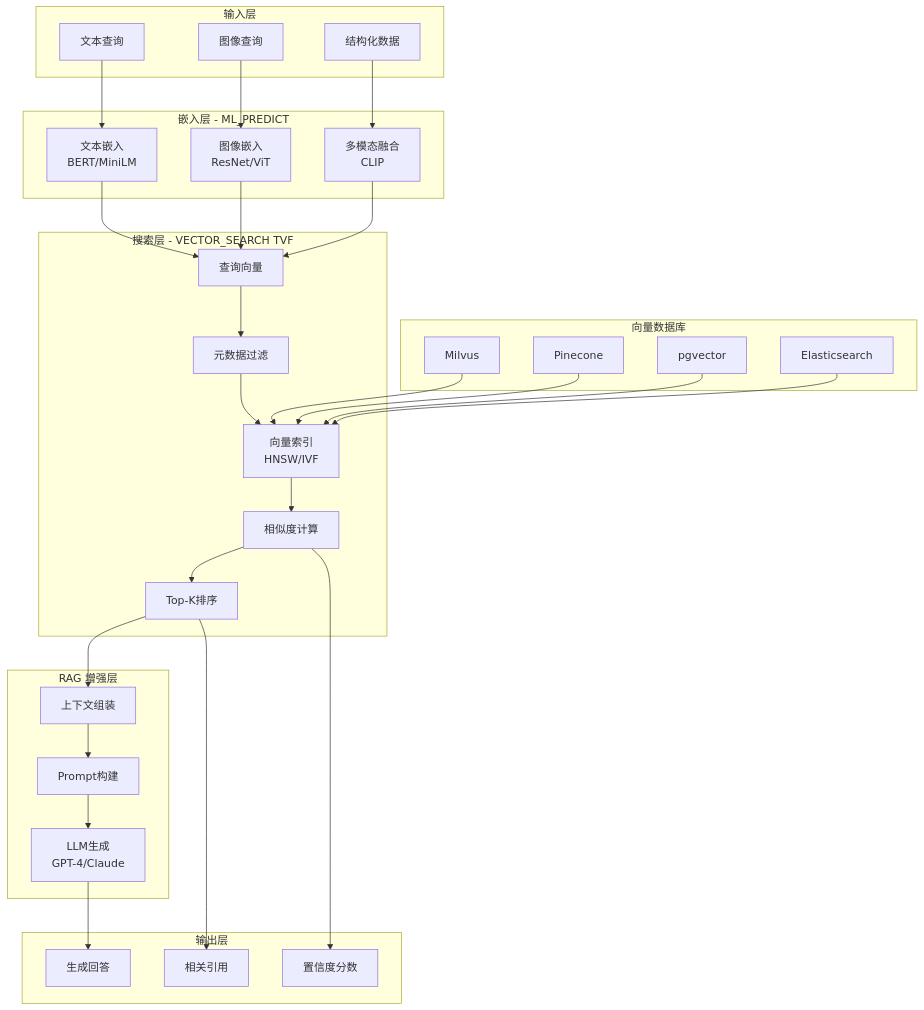
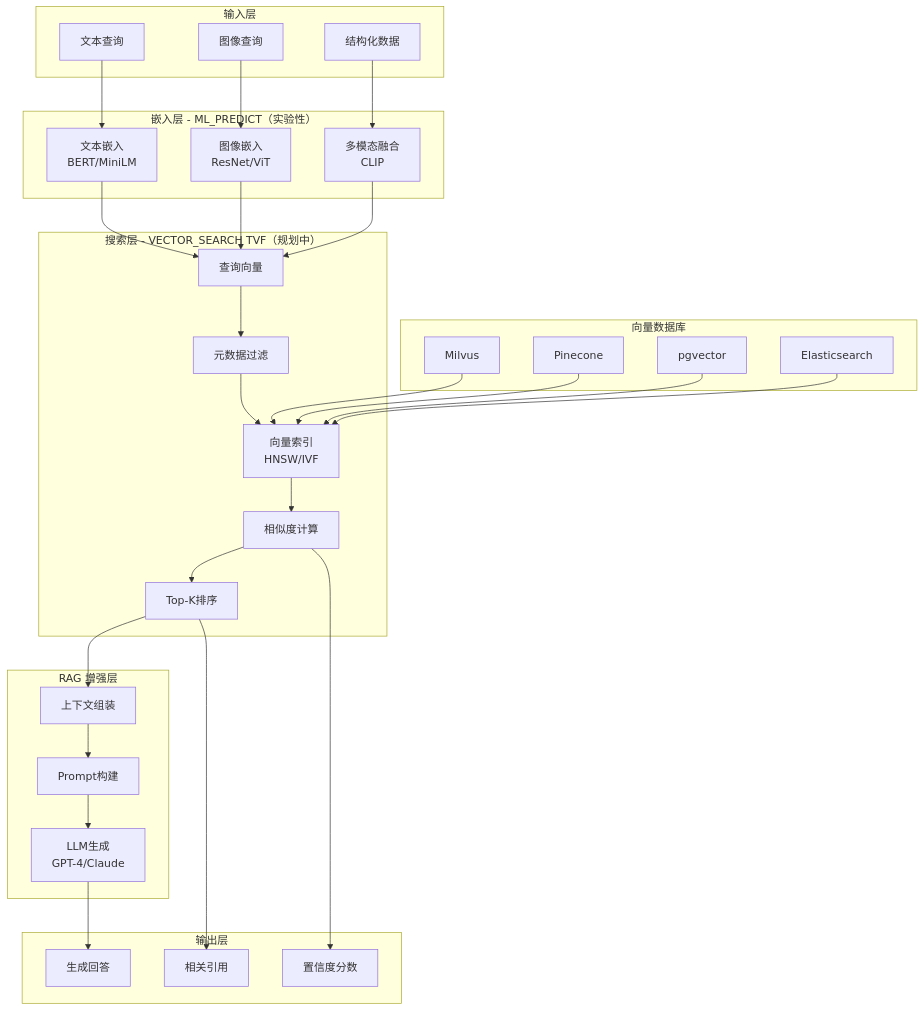
The first of 5 diagrams in Flink/03-sql-table-api/flink-vector-search-rag.md (AdaMartin18010/AnalysisDataFlow), drawn with Mermaid before and after one commit. The commit also changed other lines of this file and 7 other files, not shown here.

````diff
--- a/Flink/03-sql-table-api/flink-vector-search-rag.md
+++ b/Flink/03-sql-table-api/flink-vector-search-rag.md
@@ -953,62 +953,62 @@
 ```mermaid
 graph TB
     subgraph Input["输入层"]
         A1[文本查询]
         A2[图像查询]
         A3[结构化数据]
     end
 
-    subgraph Embedding["嵌入层 - ML_PREDICT"]
+    subgraph Embedding["嵌入层 - ML_PREDICT（实验性）"]
         B1[文本嵌入<br/>BERT/MiniLM]
         B2[图像嵌入<br/>ResNet/ViT]
         B3[多模态融合<br/>CLIP]
     end
 
-    subgraph Search["搜索层 - VECTOR_SEARCH TVF"]
+    subgraph Search["搜索层 - VECTOR_SEARCH TVF（规划中）"]
         C1[查询向量]
         C2[元数据过滤]
         C3[向量索引<br/>HNSW/IVF]
         C4[相似度计算]
         C5[Top-K排序]
     end
 
     subgraph VectorDB["向量数据库"]
         D1[Milvus]
         D2[Pinecone]
         D3[pgvector]
         D4[Elasticsearch]
     end
 
     subgraph RAG["RAG 增强层"]
         E1[上下文组装]
         E2[Prompt构建]
         E3[LLM生成<br/>GPT-4/Claude]
     end
 
     subgraph Output["输出层"]
         F1[生成回答]
         F2[相关引用]
         F3[置信度分数]
     end
 
     A1 --> B1
     A2 --> B2
     A3 --> B3
     B1 --> C1
     B2 --> C1
     B3 --> C1
     C1 --> C2
     C2 --> C3
     C3 --> C4
     C4 --> C5
     D1 --> C3
     D2 --> C3
     D3 --> C3
     D4 --> C3
     C5 --> E1
     E1 --> E2
     E2 --> E3
     E3 --> F1
     C5 --> F2
     C4 --> F3
 ```
````
